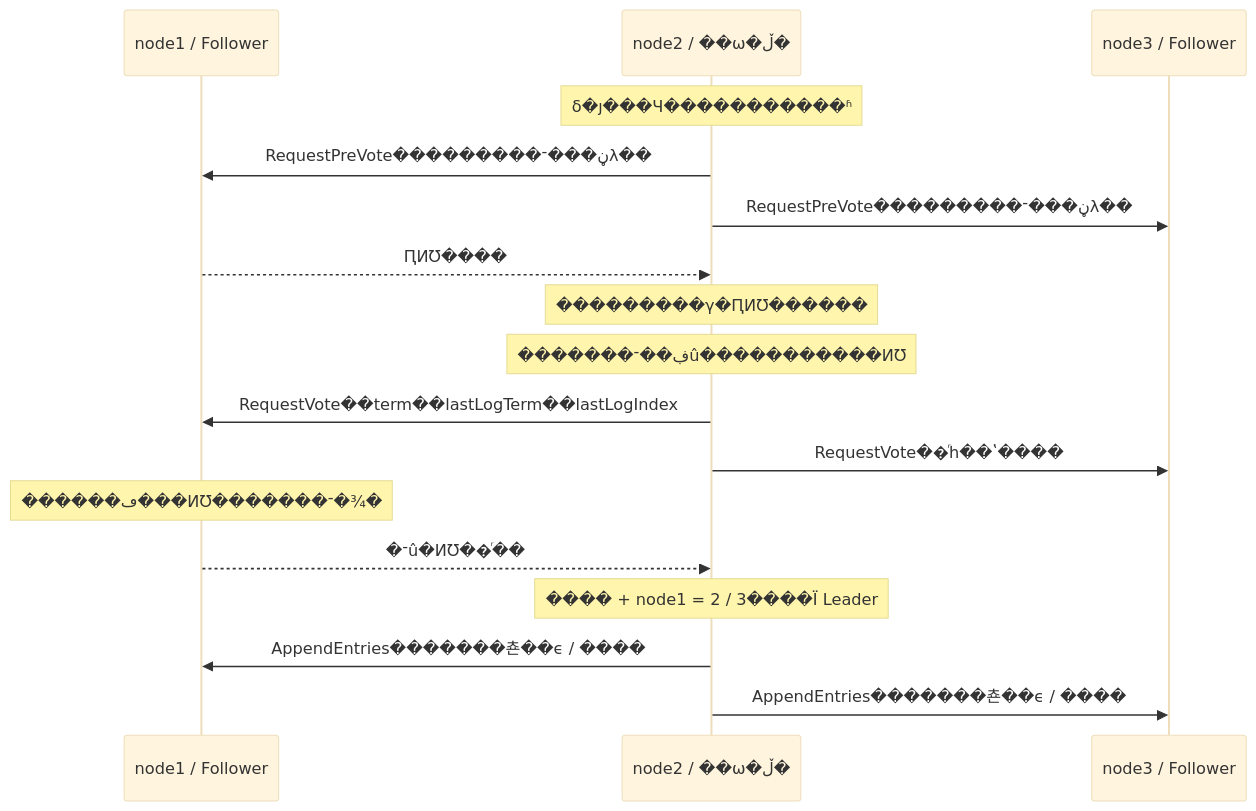
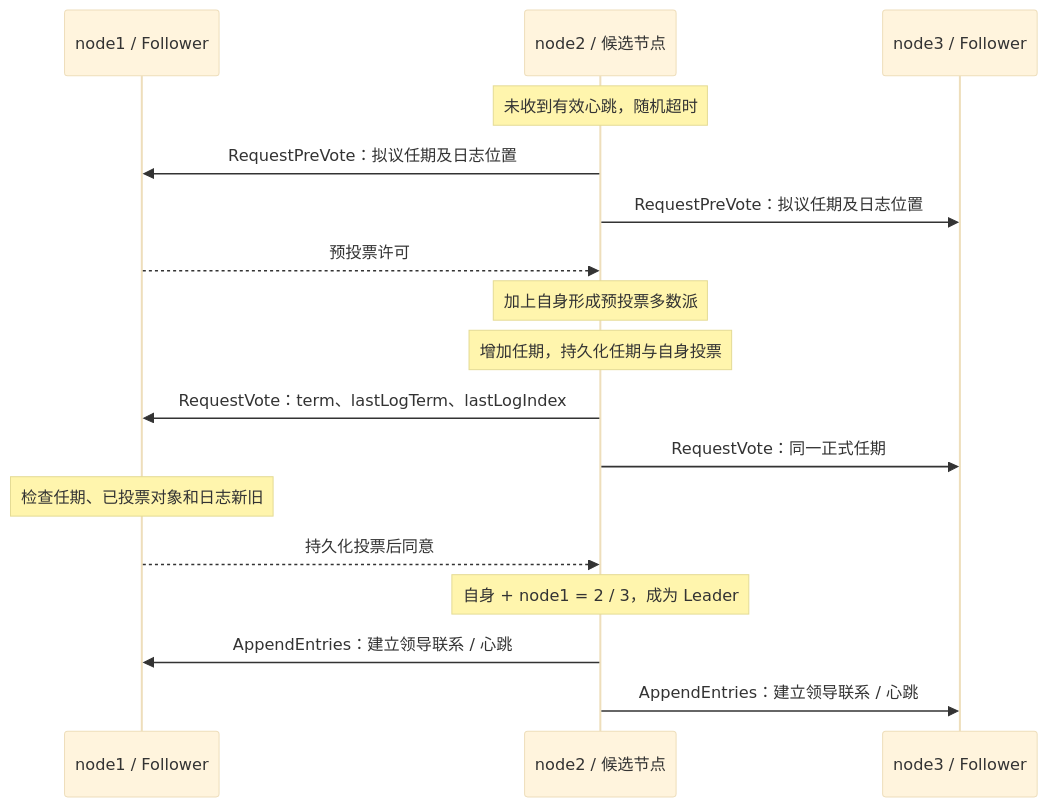
One commit to KNAIOS/RaftGo changed the fourth of 10 diagrams in README.md. Above: the diagram before and after it, drawn with Mermaid (base theme). The commit also changed other lines of this file, not shown here.

Commit message:
Document current Gin gRPC architecture, setup and final verification results

````diff
--- a/README.md
+++ b/README.md
@@ -158,19 +156,19 @@
 ```mermaid
 sequenceDiagram
     participant N1 as node1 / Follower
-    participant N2 as node2 / ��ѡ�ڵ�
+    participant N2 as node2 / 候选节点
     participant N3 as node3 / Follower
-    Note over N2: δ�յ���Ч�����������ʱ
-    N2->>N1: RequestPreVote���������ڼ���־λ��
-    N2->>N3: RequestPreVote���������ڼ���־λ��
-    N1-->>N2: ԤͶƱ����
-    Note over N2: ���������γ�ԤͶƱ������
-    Note over N2: �������ڣ��־û�����������ͶƱ
-    N2->>N1: RequestVote��term��lastLogTerm��lastLogIndex
-    N2->>N3: RequestVote��ͬһ��ʽ����
-    Note over N1: ������ڡ���ͶƱ�������־�¾�
-    N1-->>N2: �־û�ͶƱ��ͬ��
-    Note over N2: ���� + node1 = 2 / 3����Ϊ Leader
-    N2->>N1: AppendEntries�������쵼��ϵ / ����
-    N2->>N3: AppendEntries�������쵼��ϵ / ����
+    Note over N2: 未收到有效心跳，随机超时
+    N2->>N1: RequestPreVote：拟议任期及日志位置
+    N2->>N3: RequestPreVote：拟议任期及日志位置
+    N1-->>N2: 预投票许可
+    Note over N2: 加上自身形成预投票多数派
+    Note over N2: 增加任期，持久化任期与自身投票
+    N2->>N1: RequestVote：term、lastLogTerm、lastLogIndex
+    N2->>N3: RequestVote：同一正式任期
+    Note over N1: 检查任期、已投票对象和日志新旧
+    N1-->>N2: 持久化投票后同意
+    Note over N2: 自身 + node1 = 2 / 3，成为 Leader
+    N2->>N1: AppendEntries：建立领导联系 / 心跳
+    N2->>N3: AppendEntries：建立领导联系 / 心跳
 ```
````
